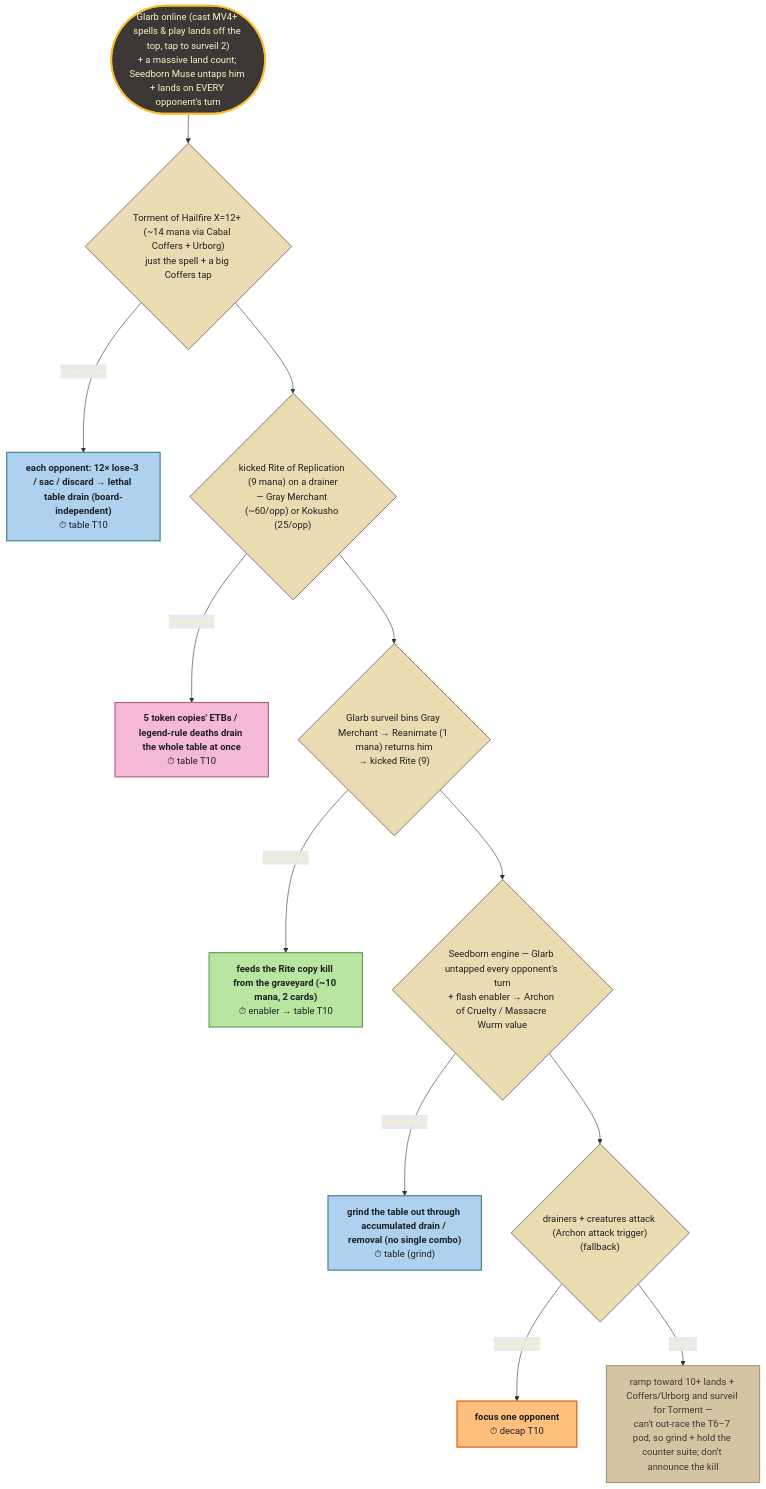
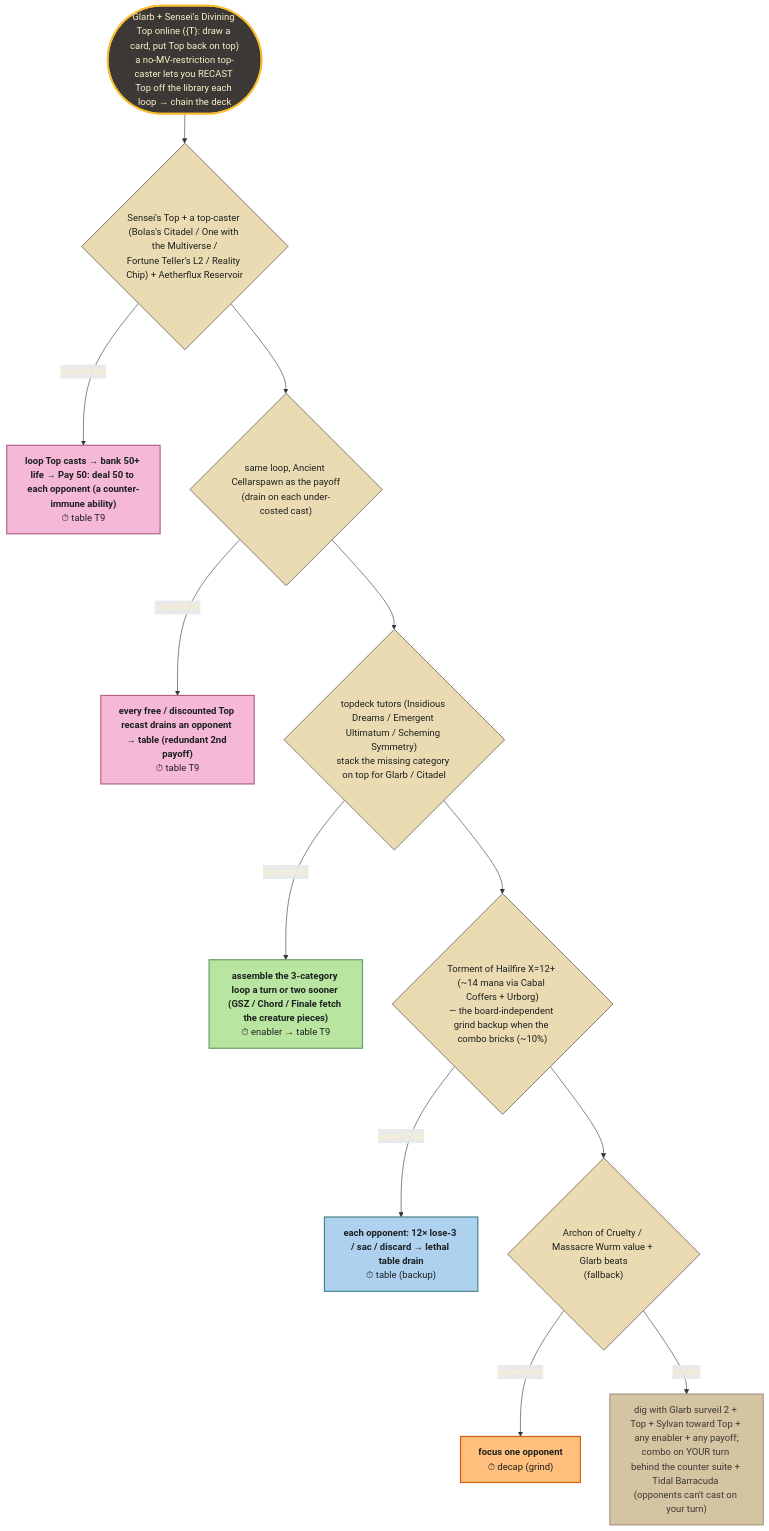
Before and after one commit to alexander-wahlrasmussen/mtg-commander-kb: diagram 16 of 17 in analysis/kill_trees/README.md, drawn with Mermaid. The commit also changed other lines of this file and 14 other files, not shown here.

````diff
--- a/analysis/kill_trees/README.md
+++ b/analysis/kill_trees/README.md
@@ -473,24 +479,24 @@
 ```mermaid
 flowchart TD
     classDef root fill:#3c3836,color:#fbf1c7,stroke:#fabd2f,stroke-width:3px;
     classDef ask fill:#ebdbb2,color:#1d2021,stroke:#7c6f64,stroke-width:1.5px;
     classDef combo fill:#f5b8d6,color:#1d2021,stroke:#b16286,stroke-width:2px;
     classDef table fill:#aed1f0,color:#1d2021,stroke:#458588,stroke-width:2px;
     classDef combat fill:#fec07c,color:#1d2021,stroke:#d65d0e,stroke-width:2px;
     classDef enabler fill:#b8e6a0,color:#1d2021,stroke:#689d6e,stroke-width:2px;
     classDef bg fill:#cbe8b8,color:#1d2021,stroke:#689d6e,stroke-width:1.5px,stroke-dasharray:5 4;
     classDef stall fill:#d5c4a1,color:#3c3836,stroke:#928374,stroke-width:1.5px;
 
-    S(["Glarb online (cast MV4+ spells & play lands off the top, tap to surveil 2)<br/>+ a massive land count; Seedborn Muse untaps him + lands on EVERY opponent's turn"]):::root
-    S --> A1{"Torment of Hailfire X=12+ (~14 mana via Cabal Coffers + Urborg)<br/>just the spell + a big Coffers tap"}:::ask
-    A1 -- assembled --> K1["<b>each opponent: 12× lose-3 / sac / discard → lethal table drain (board-independent)</b><br/>⏱ table T10"]:::table
-    A1 --> A2{"kicked Rite of Replication (9 mana) on a drainer<br/>— Gray Merchant (~60/opp) or Kokusho (25/opp)"}:::ask
-    A2 -- assembled --> K2["<b>5 token copies' ETBs / legend-rule deaths drain the whole table at once</b><br/>⏱ table T10"]:::combo
-    A2 --> A3{"Glarb surveil bins Gray Merchant → Reanimate (1 mana) returns him<br/>→ kicked Rite (9)"}:::ask
-    A3 -- assembled --> K3["<b>feeds the Rite copy kill from the graveyard (~10 mana, 2 cards)</b><br/>⏱ enabler → table T10"]:::enabler
-    A3 --> A4{"Seedborn engine — Glarb untapped every opponent's turn<br/>+ flash enabler → Archon of Cruelty / Massacre Wurm value"}:::ask
-    A4 -- assembled --> K4["<b>grind the table out through accumulated drain / removal (no single combo)</b><br/>⏱ table (grind)"]:::table
-    A4 --> A5{"drainers + creatures attack (Archon attack trigger)<br/>(fallback)"}:::ask
-    A5 -- assembled --> K5["<b>focus one opponent</b><br/>⏱ decap T10"]:::combat
-    A5 -- not yet --> STALL["ramp toward 10+ lands + Coffers/Urborg and surveil for Torment —<br/>can't out-race the T6–7 pod, so grind + hold the counter suite; don't announce the kill"]:::stall
+    S(["Glarb + Sensei's Divining Top online ({T}: draw a card, put Top back on top)<br/>a no-MV-restriction top-caster lets you RECAST Top off the library each loop → chain the deck"]):::root
+    S --> A1{"Sensei's Top + a top-caster (Bolas's Citadel / One with the Multiverse /<br/>Fortune Teller's L2 / Reality Chip) + Aetherflux Reservoir"}:::ask
+    A1 -- assembled --> K1["<b>loop Top casts → bank 50+ life → Pay 50: deal 50 to each opponent (a counter-immune ability)</b><br/>⏱ table T9"]:::combo
+    A1 --> A2{"same loop, Ancient Cellarspawn as the payoff<br/>(drain on each under-costed cast)"}:::ask
+    A2 -- assembled --> K2["<b>every free / discounted Top recast drains an opponent → table (redundant 2nd payoff)</b><br/>⏱ table T9"]:::combo
+    A2 --> A3{"topdeck tutors (Insidious Dreams / Emergent Ultimatum / Scheming Symmetry)<br/>stack the missing category on top for Glarb / Citadel"}:::ask
+    A3 -- assembled --> K3["<b>assemble the 3-category loop a turn or two sooner (GSZ / Chord / Finale fetch the creature pieces)</b><br/>⏱ enabler → table T9"]:::enabler
+    A3 --> A4{"Torment of Hailfire X=12+ (~14 mana via Cabal Coffers + Urborg)<br/>— the board-independent grind backup when the combo bricks (~10%)"}:::ask
+    A4 -- assembled --> K4["<b>each opponent: 12× lose-3 / sac / discard → lethal table drain</b><br/>⏱ table (backup)"]:::table
+    A4 --> A5{"Archon of Cruelty / Massacre Wurm value + Glarb beats<br/>(fallback)"}:::ask
+    A5 -- assembled --> K5["<b>focus one opponent</b><br/>⏱ decap (grind)"]:::combat
+    A5 -- not yet --> STALL["dig with Glarb surveil 2 + Top + Sylvan toward Top + any enabler + any payoff;<br/>combo on YOUR turn behind the counter suite + Tidal Barracuda (opponents can't cast on your turn)"]:::stall
 ```
````
